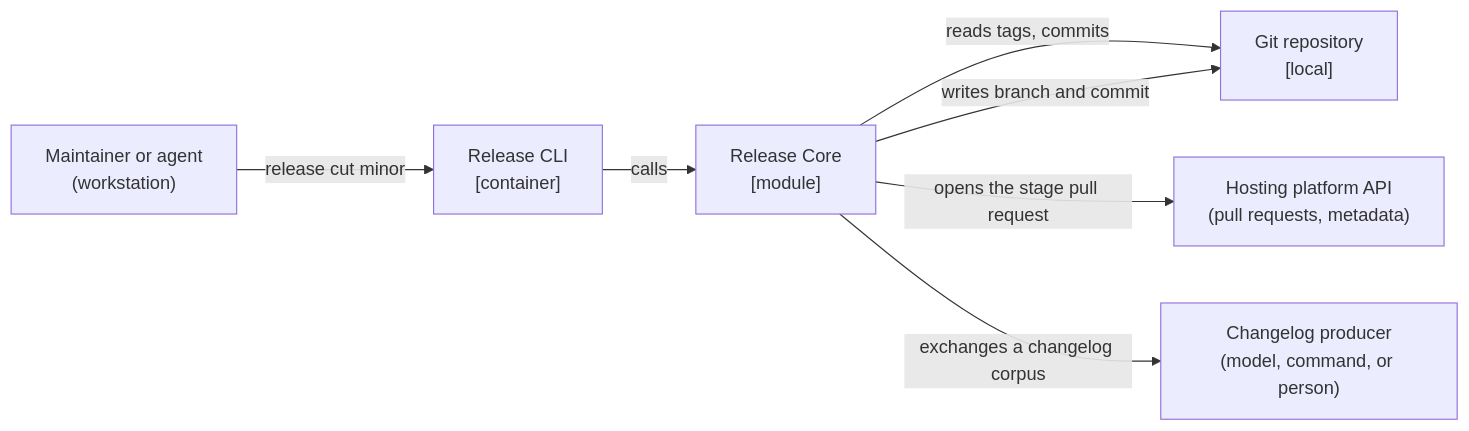
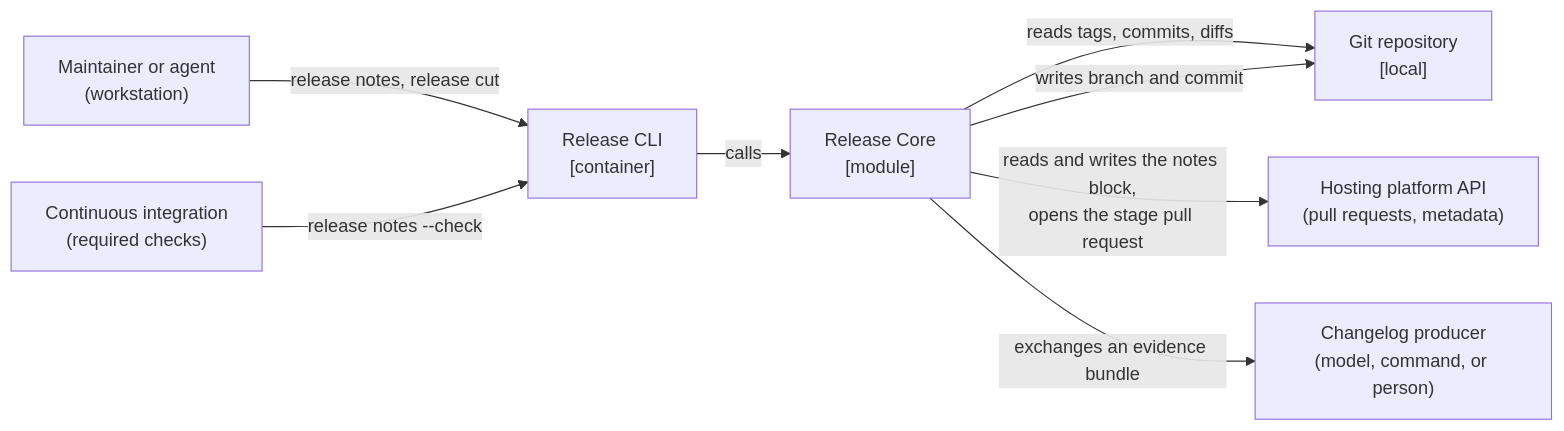
One commit to brettcallaghan/release changed the diagram in specs/containers/release-cli/release-cli-container.md. Above: the diagram before and after it, drawn with Mermaid. The commit also changed other lines of this file and 21 other files, not shown here.

First line of the commit message:
Add the evidence-first flows to the module and component blueprints

````diff
--- a/specs/containers/release-cli/release-cli-container.md
+++ b/specs/containers/release-cli/release-cli-container.md
@@ -36,16 +36,18 @@
 ```mermaid
 flowchart LR
   maintainer["Maintainer or agent<br/>(workstation)"]
+  ci["Continuous integration<br/>(required checks)"]
   cli["Release CLI<br/>[container]"]
   core["Release Core<br/>[module]"]
   producer["Changelog producer<br/>(model, command, or person)"]
   git["Git repository<br/>[local]"]
   platform["Hosting platform API<br/>(pull requests, metadata)"]
 
-  maintainer -->|"release cut minor"| cli
+  maintainer -->|"release notes, release cut"| cli
+  ci -->|"release notes --check"| cli
   cli -->|"calls"| core
-  core -->|"reads tags, commits"| git
+  core -->|"reads tags, commits, diffs"| git
   core -->|"writes branch and commit"| git
-  core -->|"opens the stage pull request"| platform
-  core -->|"exchanges a changelog corpus"| producer
+  core -->|"reads and writes the notes block,<br/>opens the stage pull request"| platform
+  core -->|"exchanges an evidence bundle"| producer
 ```
````
